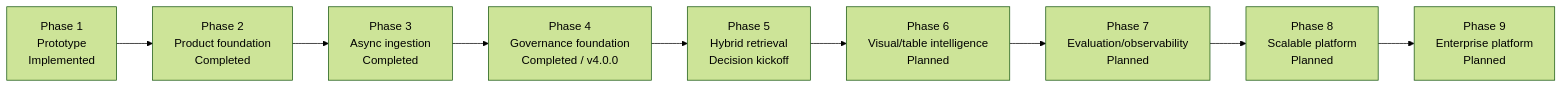
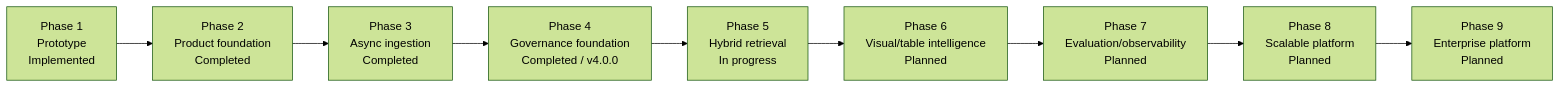
One commit to mvyas412/ai-projects changed the second of 11 diagrams in mm-rag-full-stack-genai-bootcamp-3.0/docs/architecture/ARCHITECTURE.md. Above: the diagram before and after it, drawn with Mermaid (forest theme). The commit also changed other lines of this file and 7 other files, not shown here.

Commit message:
docs(mm-rag): accept Phase 5 retrieval decisions

````diff
--- a/mm-rag-full-stack-genai-bootcamp-3.0/docs/architecture/ARCHITECTURE.md
+++ b/mm-rag-full-stack-genai-bootcamp-3.0/docs/architecture/ARCHITECTURE.md
@@ -164,12 +164,12 @@
 ```mermaid
 flowchart LR
     p1["Phase 1<br/>Prototype<br/>Implemented"] -->
     p2["Phase 2<br/>Product foundation<br/>Completed"] -->
     p3["Phase 3<br/>Async ingestion<br/>Completed"] -->
     p4["Phase 4<br/>Governance foundation<br/>Completed / v4.0.0"] -->
-    p5["Phase 5<br/>Hybrid retrieval<br/>Decision kickoff"] -->
+    p5["Phase 5<br/>Hybrid retrieval<br/>In progress"] -->
     p6["Phase 6<br/>Visual/table intelligence<br/>Planned"] -->
     p7["Phase 7<br/>Evaluation/observability<br/>Planned"] -->
     p8["Phase 8<br/>Scalable platform<br/>Planned"] -->
     p9["Phase 9<br/>Enterprise platform<br/>Planned"]
 ```
````
